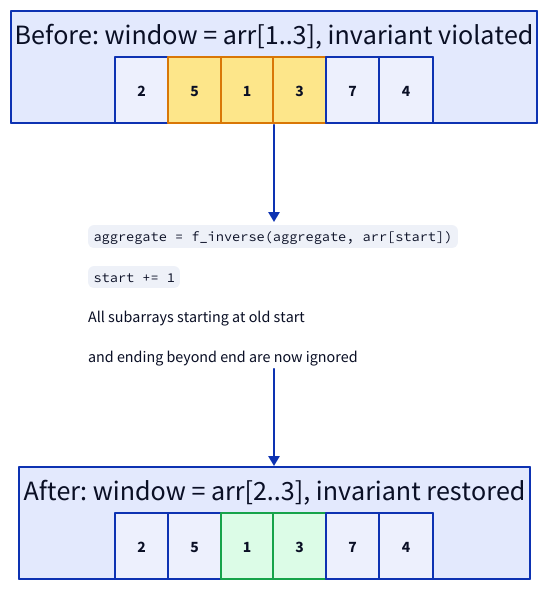
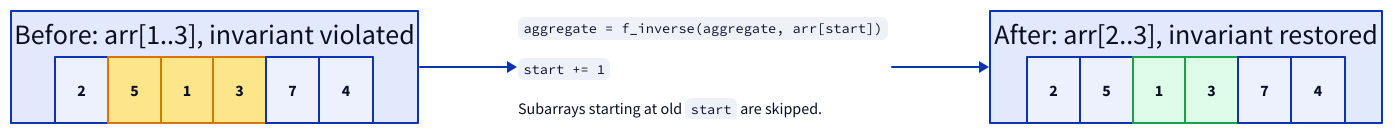
The seventh of 18 diagrams in src/computer-science/DSA/data-structures/1.arrays/08-pattern-variable-sliding-window.md (ani2fun/note-book), drawn with D2 before and after one commit. The commit also changed other lines of this file and 28 other files, not shown here.

First line of the commit message:
DSA topics 1-5: lay out flow-style d2 diagrams horizontally

````diff
--- a/src/computer-science/DSA/data-structures/1.arrays/08-pattern-variable-sliding-window.md
+++ b/src/computer-science/DSA/data-structures/1.arrays/08-pattern-variable-sliding-window.md
@@ -249,36 +253,36 @@
 ```d2
-before: "Before: window = arr[1..3], invariant violated" {
+direction: right
+
+before: "Before: arr[1..3], invariant violated" {
   grid-columns: 6
   grid-gap: 0
   a0: "2"
   a1: "5" {style.fill: "#fde68a"; style.stroke: "#d97706"}
   a2: "1" {style.fill: "#fde68a"; style.stroke: "#d97706"}
   a3: "3" {style.fill: "#fde68a"; style.stroke: "#d97706"}
   a4: "7"
   a5: "4"
 }
 
 op: |md
   `aggregate = f_inverse(aggregate, arr[start])`
 
   `start += 1`
 
-  All subarrays starting at old start
-
-  and ending beyond end are now ignored
+  Subarrays starting at old `start` are skipped.
 |
 
-after: "After: window = arr[2..3], invariant restored" {
+after: "After: arr[2..3], invariant restored" {
   grid-columns: 6
   grid-gap: 0
   b0: "2"
   b1: "5"
   b2: "1" {style.fill: "#dcfce7"; style.stroke: "#16a34a"}
   b3: "3" {style.fill: "#dcfce7"; style.stroke: "#16a34a"}
   b4: "7"
   b5: "4"
 }
 
 before -> op
 op -> after
 ```
````
